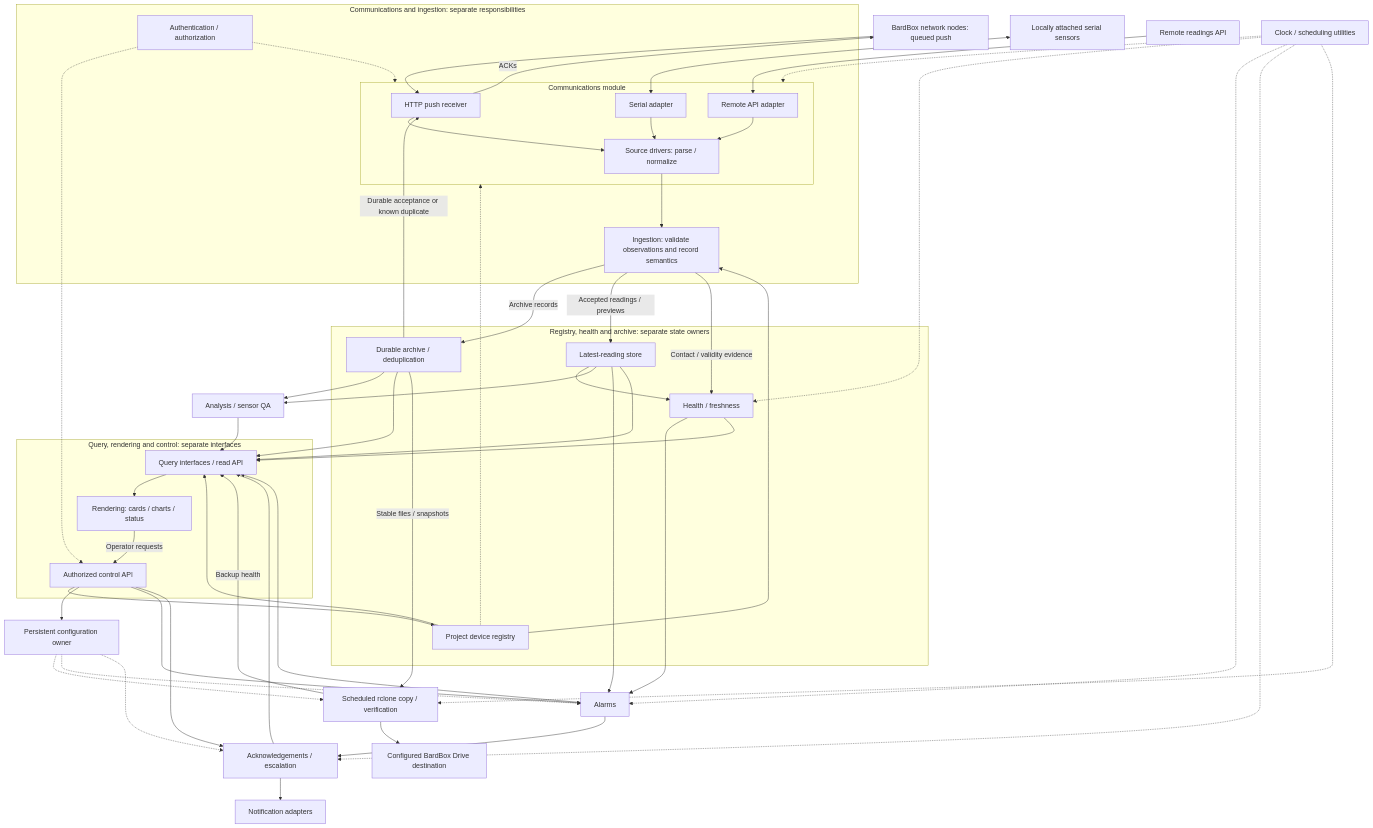
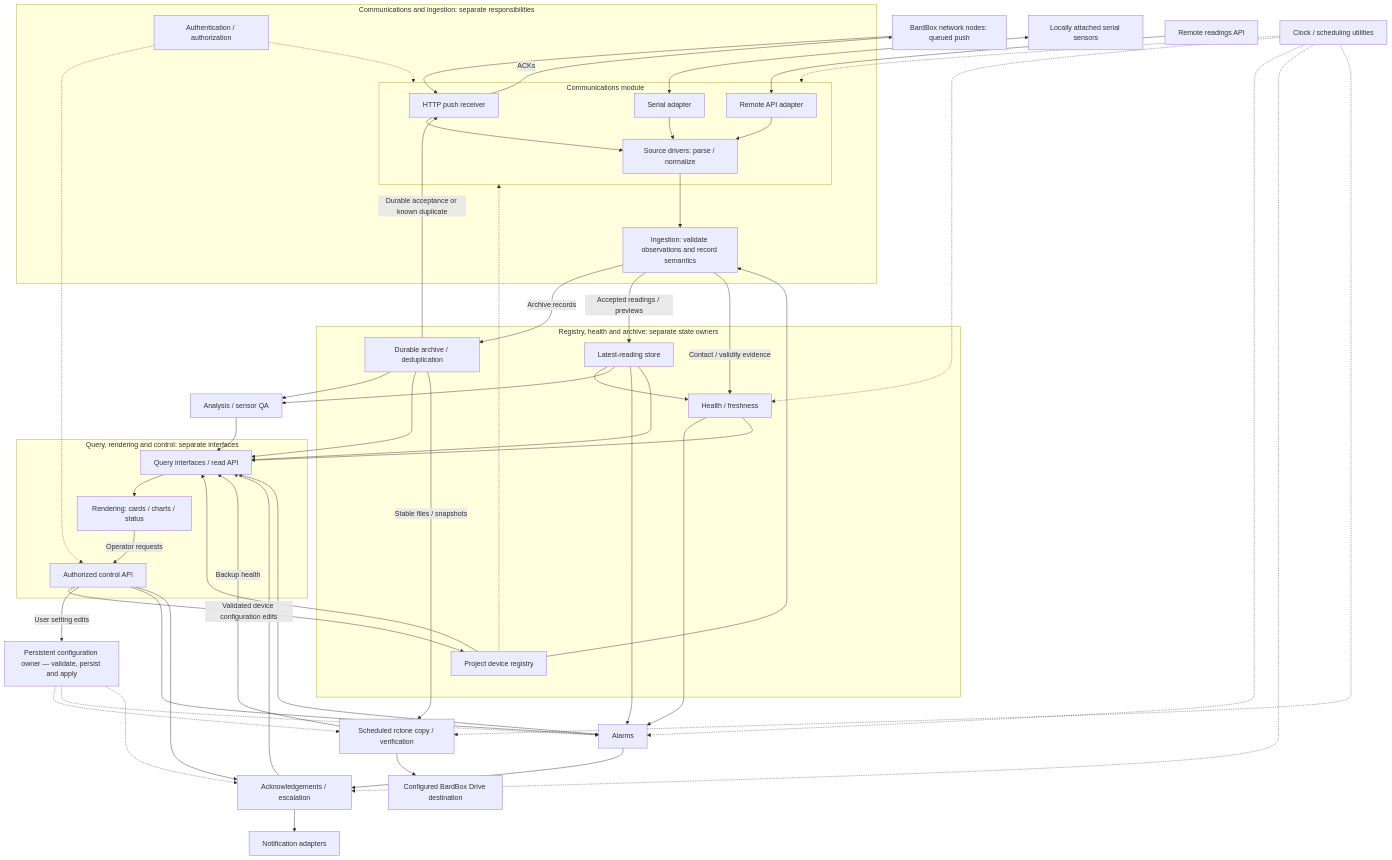
Before and after one commit to bardphysicslab/bardbox: the second of 3 diagrams in docs/architecture-map.md, drawn with Mermaid. The commit also changed other lines of this file and 4 other files, not shown here.

````diff
--- a/docs/architecture-map.md
+++ b/docs/architecture-map.md
@@ -91,58 +91,58 @@
 ```mermaid
 flowchart TB
     Nodes["BardBox network nodes: queued push"] --> Push
     Push -->|ACKs| Nodes
     Local["Locally attached serial sensors"] <--> Serial
     Remote["Remote readings API"] --> Fetch
     subgraph AcquisitionBoundary["Communications and ingestion: separate responsibilities"]
         subgraph Communications["Communications module"]
             Push["HTTP push receiver"] --> Normalize["Source drivers: parse / normalize"]
             Serial["Serial adapter"] --> Normalize
             Fetch["Remote API adapter"] --> Normalize
         end
         Auth["Authentication / authorization"] -.-> Communications
         Normalize --> Ingest["Ingestion: validate observations and record semantics"]
     end
     subgraph StateBoundary["Registry, health and archive: separate state owners"]
         Registry["Project device registry"] --> Ingest
         Registry -.-> Communications
         Ingest -->|Archive records| Archive["Durable archive / deduplication"]
         Archive -->|Durable acceptance or known duplicate| Push
         Ingest -->|Accepted readings / previews| Latest["Latest-reading store"]
         Ingest -->|Contact / validity evidence| Health["Health / freshness"]
         Latest --> Health
     end
     Archive --> Analysis["Analysis / sensor QA"]
     Latest --> Analysis
     Latest --> Alarm["Alarms"]
     Health --> Alarm
     Alarm --> Escalation["Acknowledgements / escalation"]
     Escalation --> Notify["Notification adapters"]
     subgraph PresentationBoundary["Query, rendering and control: separate interfaces"]
         Queries["Query interfaces / read API"] --> Render["Rendering: cards / charts / status"]
         Render -->|Operator requests| Controls["Authorized control API"]
     end
     Registry --> Queries
     Archive --> Queries
     Latest --> Queries
     Health --> Queries
     Analysis --> Queries
     Alarm --> Queries
     Escalation --> Queries
     Auth -.-> Controls
-    Controls --> Registry
-    Controls --> Settings["Persistent configuration owner"]
+    Controls -->|Validated device configuration edits| Registry
+    Controls -->|User setting edits| Settings["Persistent configuration owner — validate, persist and apply"]
     Controls --> Alarm
     Controls --> Escalation
     Archive -->|Stable files / snapshots| Backup["Scheduled rclone copy / verification"]
     Backup --> Drive["Configured BardBox Drive destination"]
     Backup -->|Backup health| Queries
     Settings -.-> Backup
     Settings -.-> Alarm
     Settings -.-> Escalation
     Timers["Clock / scheduling utilities"] -.-> Communications
     Timers -.-> Health
     Timers -.-> Alarm
     Timers -.-> Escalation
     Timers -.-> Backup
 ```
````
